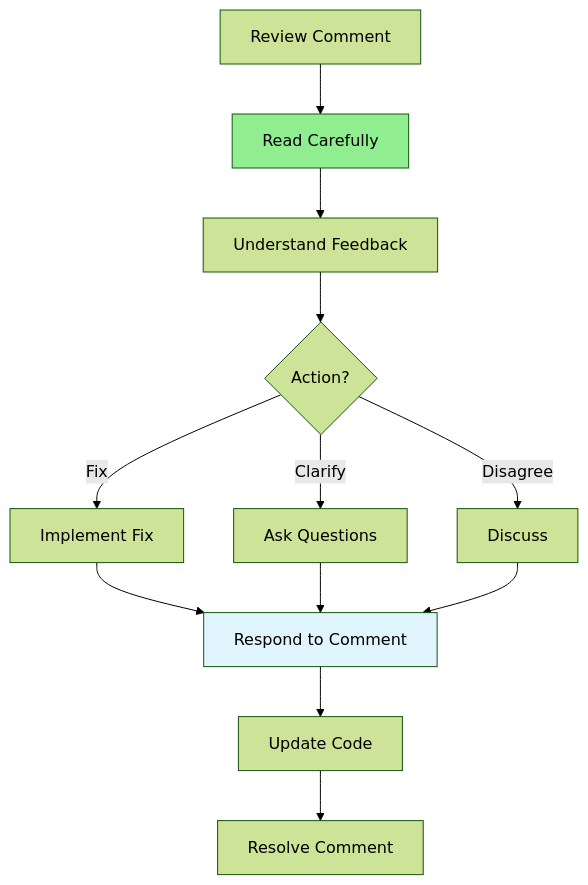
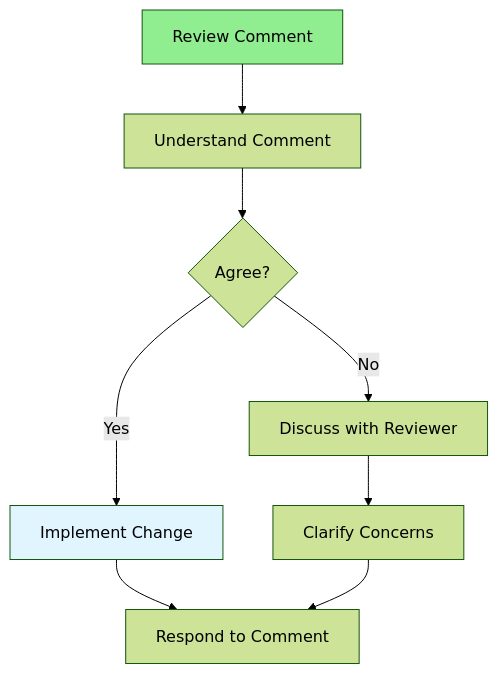
Before and after one commit to iouthnamain/tech-note: the diagram in Full-Stack-Guides/Group-08-Code-Review/08.09_Handling_Review_Comments.md, drawn with Mermaid (forest theme). The commit also changed other lines of this file and 480 other files, not shown here.

````diff
--- a/Full-Stack-Guides/Group-08-Code-Review/08.09_Handling_Review_Comments.md
+++ b/Full-Stack-Guides/Group-08-Code-Review/08.09_Handling_Review_Comments.md
@@ -22,19 +22,13 @@
 ```mermaid
 flowchart TD
-    Comment[Review Comment] --> Read[Read Carefully]
-    Read --> Understand[Understand Feedback]
-    Understand --> Decide{Action?}
-    Decide -->|Fix| Implement[Implement Fix]
-    Decide -->|Clarify| Ask[Ask Questions]
-    Decide -->|Disagree| Discuss[Discuss]
+    Comment[Review Comment] --> Understand[Understand Comment]
+    Understand --> Agree{Agree?}
+    Agree -->|Yes| Implement[Implement Change]
+    Agree -->|No| Discuss[Discuss with Reviewer]
+    Discuss --> Clarify[Clarify Concerns]
+    Implement --> Respond[Respond to Comment]
+    Clarify --> Respond
     
-    Implement --> Respond[Respond to Comment]
-    Ask --> Respond
-    Discuss --> Respond
-    
-    Respond --> Update[Update Code]
-    Update --> Resolve[Resolve Comment]
-    
-    style Read fill:#90EE90
-    style Respond fill:#e1f5ff
+    style Comment fill:#90EE90
+    style Implement fill:#e1f5ff
 ```
````
